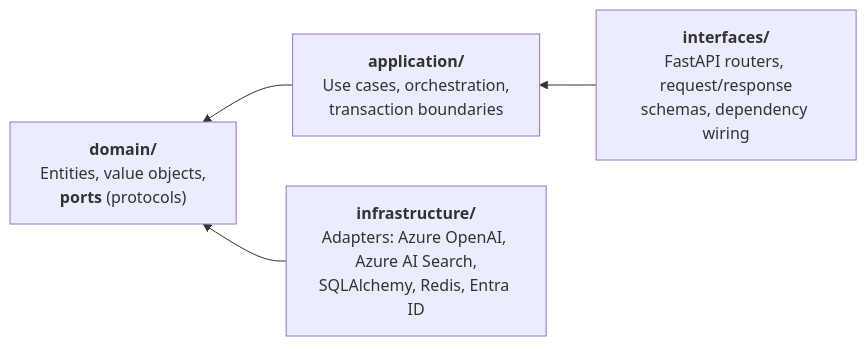
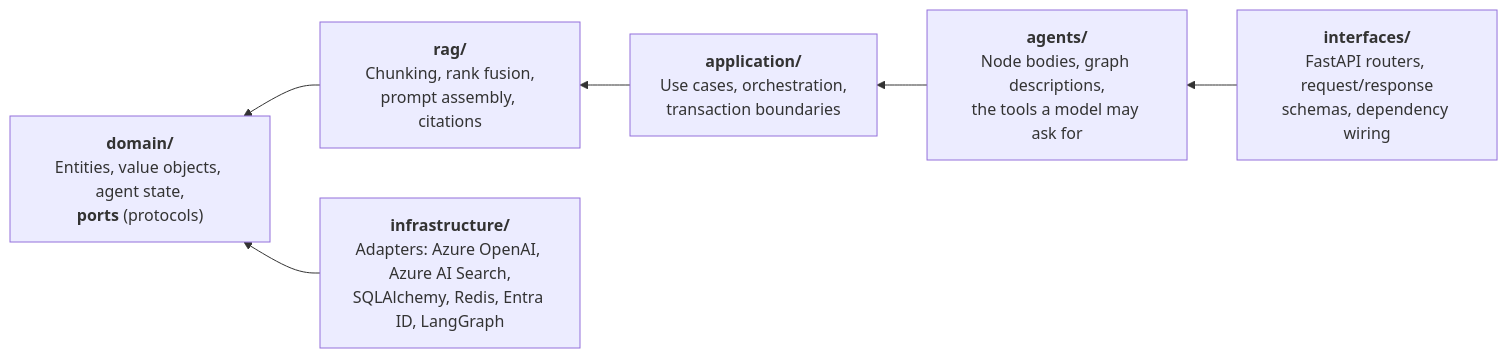
One commit to sergiomedi/paimon changed the third of 5 diagrams in docs/architecture/overview.md. Above: the diagram before and after it, drawn with Mermaid. The commit also changed other lines of this file and 1 other file, not shown here.

````diff
--- a/docs/architecture/overview.md
+++ b/docs/architecture/overview.md
@@ -90,11 +90,15 @@
 ```mermaid
 flowchart RL
     interfaces["<b>interfaces/</b><br/>FastAPI routers, request/response<br/>schemas, dependency wiring"]
+    agents["<b>agents/</b><br/>Node bodies, graph descriptions,<br/>the tools a model may ask for"]
     application["<b>application/</b><br/>Use cases, orchestration,<br/>transaction boundaries"]
-    domain["<b>domain/</b><br/>Entities, value objects,<br/><b>ports</b> (protocols)"]
-    infrastructure["<b>infrastructure/</b><br/>Adapters: Azure OpenAI, Azure AI Search,<br/>SQLAlchemy, Redis, Entra ID"]
+    rag["<b>rag/</b><br/>Chunking, rank fusion,<br/>prompt assembly, citations"]
+    domain["<b>domain/</b><br/>Entities, value objects, agent state,<br/><b>ports</b> (protocols)"]
+    infrastructure["<b>infrastructure/</b><br/>Adapters: Azure OpenAI, Azure AI Search,<br/>SQLAlchemy, Redis, Entra ID, LangGraph"]
 
-    interfaces --> application
-    application --> domain
+    interfaces --> agents
+    agents --> application
+    application --> rag
+    rag --> domain
     infrastructure --> domain
 ```
````
